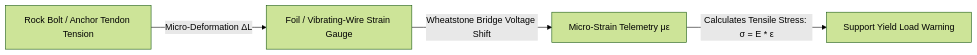
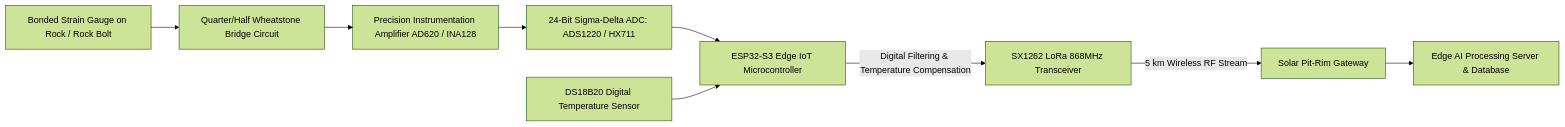
The fourth of 8 diagrams in docs/14_Strain_Gauges.md (angelverman2021-a11y/Report), drawn with Mermaid (forest theme) before and after one commit. The commit also changed other lines of this file, not shown here.

Commit message:
feat: Add comprehensive 24-section report for Existing Technology 14: Strain Gauges

````diff
--- a/docs/14_Strain_Gauges.md
+++ b/docs/14_Strain_Gauges.md
@@ -16,6 +284,11 @@
 ```mermaid
 flowchart LR
-    A[Rock Bolt / Anchor Tendon Tension] -->|Micro-Deformation ΔL| B[Foil / Vibrating-Wire Strain Gauge]
-    B -->|Wheatstone Bridge Voltage Shift| C[Micro-Strain Telemetry με]
-    C -->|Calculates Tensile Stress: σ = E * ε| D[Support Yield Load Warning]
+    SENS[Bonded Strain Gauge on Rock / Rock Bolt] --> BRIDGE[Quarter/Half Wheatstone Bridge Circuit]
+    BRIDGE --> AMP[Precision Instrumentation Amplifier AD620 / INA128]
+    AMP --> ADC[24-Bit Sigma-Delta ADC: ADS1220 / HX711]
+    ADC --> MCU[ESP32-S3 Edge IoT Microcontroller]
+    TEMP[DS18B20 Digital Temperature Sensor] --> MCU
+    MCU -->|Digital Filtering & Temperature Compensation| LORA[SX1262 LoRa 868MHz Transceiver]
+    LORA -->|5 km Wireless RF Stream| GW[Solar Pit-Rim Gateway]
+    GW --> SVR[Edge AI Processing Server & Database]
 ```
````
